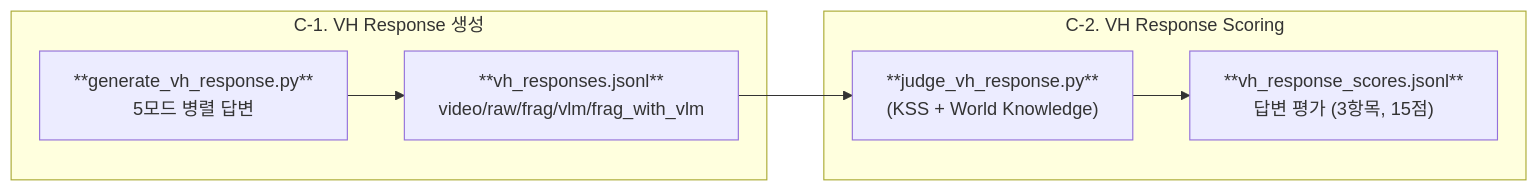
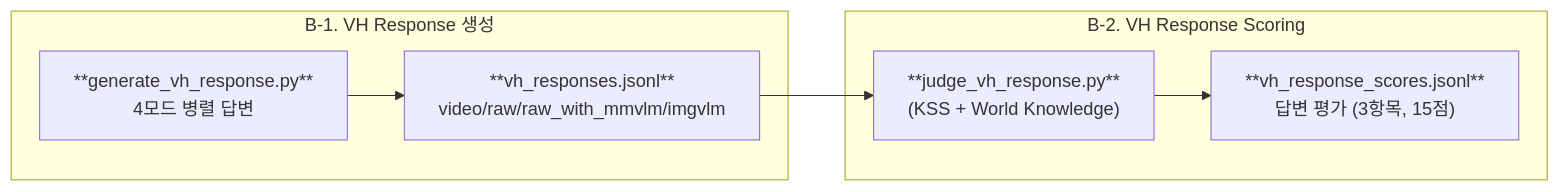
One commit to obeychoi0120/LLMJudge changed the third of 3 diagrams in README.md. Above: the diagram before and after it, drawn with Mermaid. The commit also changed other lines of this file, not shown here.

````diff
--- a/README.md
+++ b/README.md
@@ -161,16 +135,16 @@
 ```mermaid
 flowchart LR
-    subgraph STEPC1["C-1. VH Response 생성"]
-        R_SCRIPT["**generate_vh_response.py**<br/>5모드 병렬 답변"]
-        R_ANS["**vh_responses.jsonl**<br/>video/raw/frag/vlm/frag_with_vlm"]
+    subgraph STEPB1["B-1. VH Response 생성"]
+        R_SCRIPT["**generate_vh_response.py**<br/>4모드 병렬 답변"]
+        R_ANS["**vh_responses.jsonl**<br/>video/raw/raw_with_mmvlm/imgvlm"]
     end
 
-    subgraph STEPC2["C-2. VH Response Scoring"]
+    subgraph STEPB2["B-2. VH Response Scoring"]
         RJ_SCRIPT["**judge_vh_response.py**<br/>(KSS + World Knowledge)"]
         RJ_OUT["**vh_response_scores.jsonl**<br/>답변 평가 (3항목, 15점)"]
     end
 
     R_SCRIPT --> R_ANS
     R_ANS --> RJ_SCRIPT
     RJ_SCRIPT --> RJ_OUT
 ```
````
